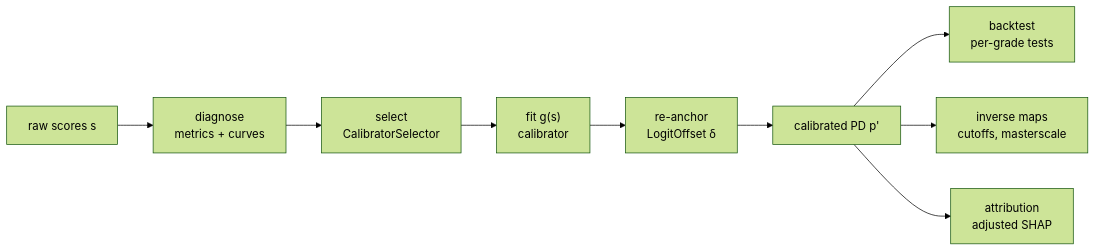
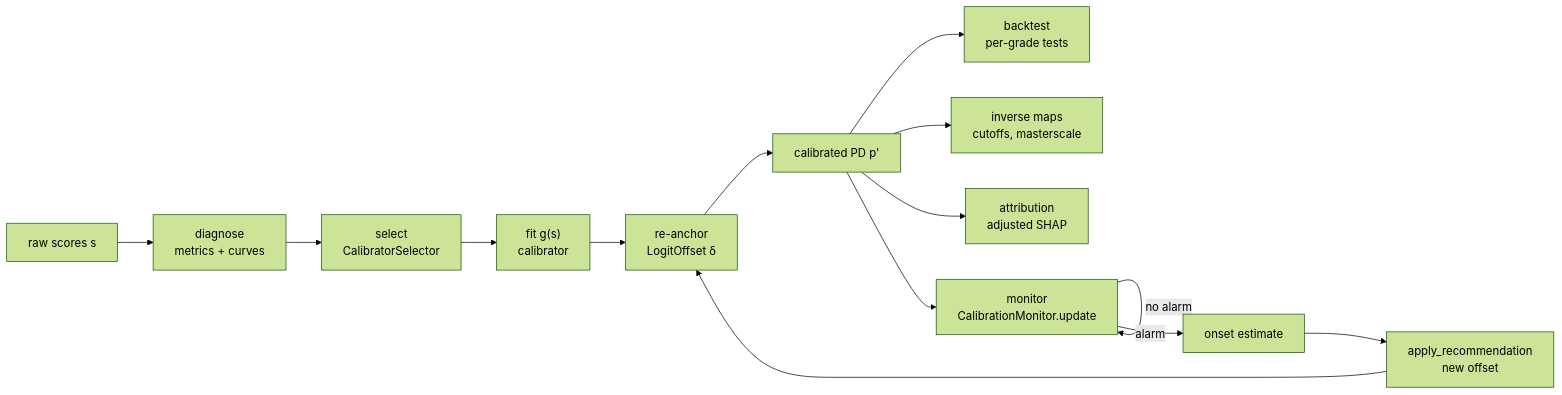
Before and after one commit to wlazlod/probcal: the diagram in docs/how-it-works.md, drawn with Mermaid (forest theme). The commit also changed other lines of this file and 39 other files, not shown here.

First line of the commit message:
docs: reader-oriented structure, three new guide pages, executable snippets, complete figure coverage (#24)

````diff
--- a/docs/how-it-works.md
+++ b/docs/how-it-works.md
@@ -7,11 +7,16 @@
 ```mermaid
 flowchart LR
     A[raw scores s] --> B[diagnose<br/>metrics + curves]
     B --> C[select<br/>CalibratorSelector]
     C --> D["fit g(s)<br/>calibrator"]
     D --> E["re-anchor<br/>LogitOffset δ"]
     E --> F[calibrated PD p']
     F --> G[backtest<br/>per-grade tests]
     F --> H[inverse maps<br/>cutoffs, masterscale]
     F --> I[attribution<br/>adjusted SHAP]
+    F --> J["monitor<br/>CalibrationMonitor.update"]
+    J -- alarm --> K[onset estimate]
+    K --> L["apply_recommendation<br/>new offset"]
+    L --> E
+    J -- no alarm --> J
 ```
````
